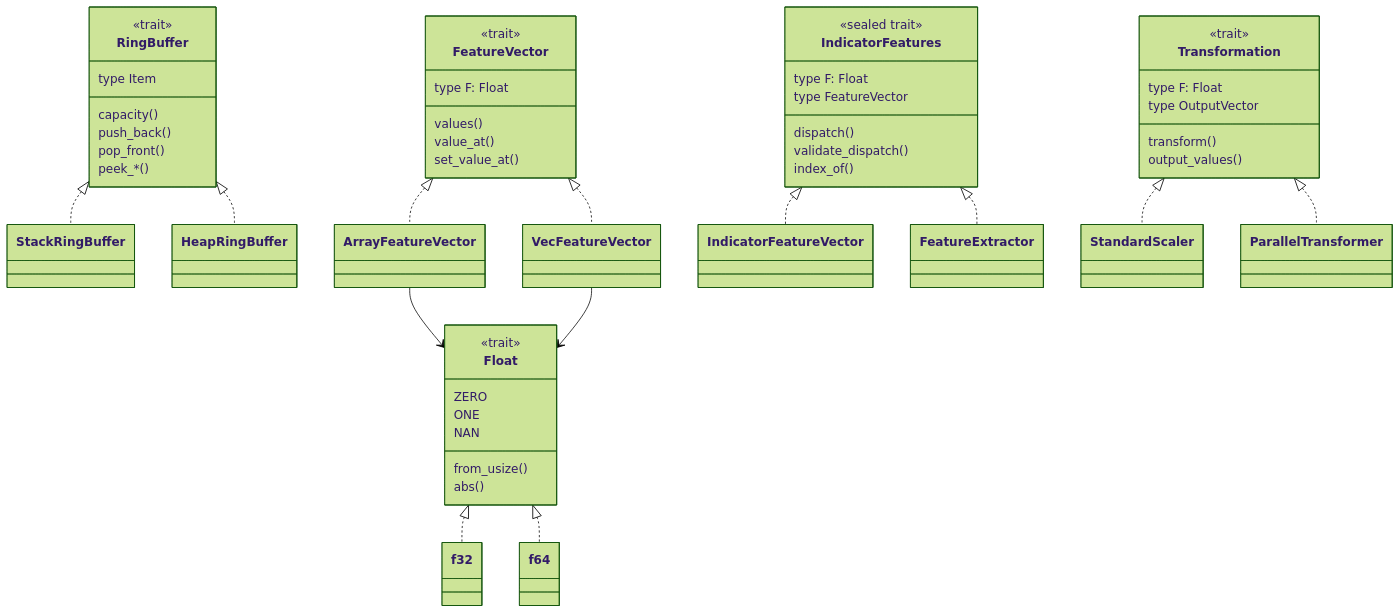
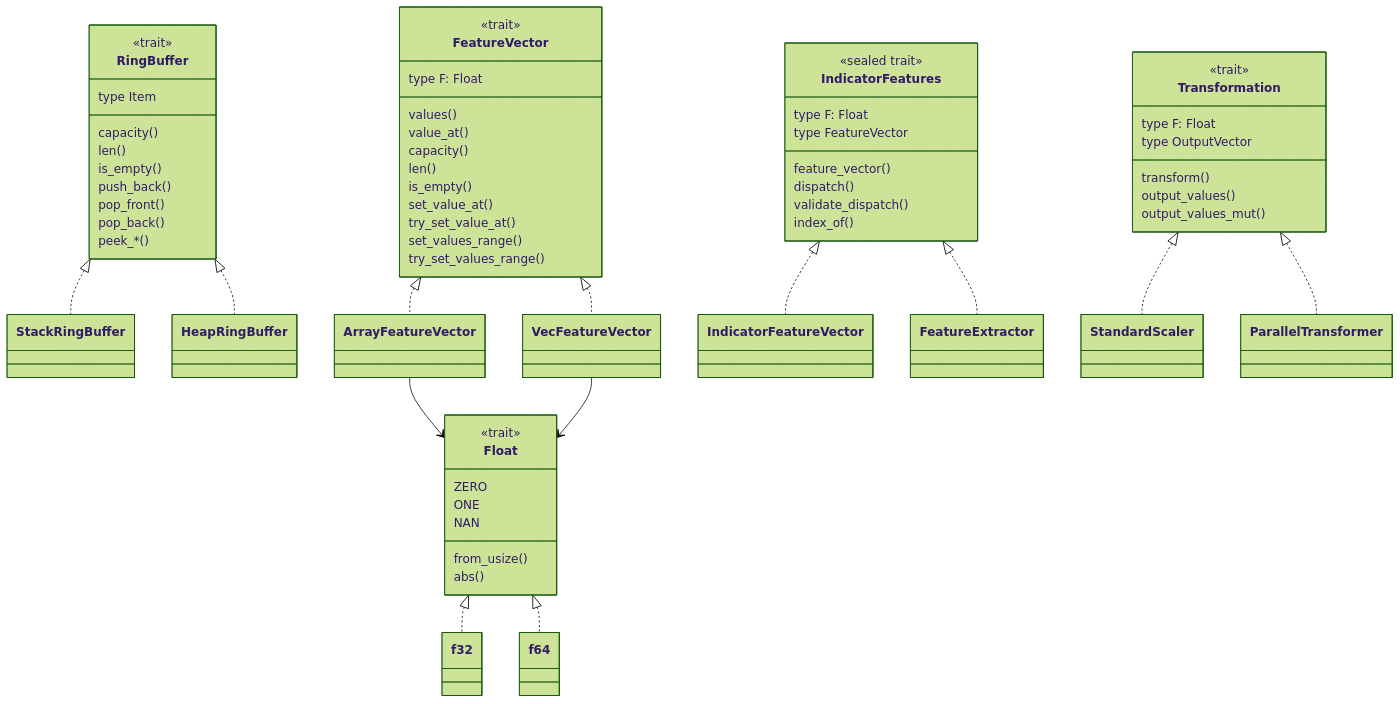
Before and after one commit to pbezglasny/fiml: the second of 9 diagrams in docs/project-schema.md, drawn with Mermaid (forest theme). The commit also changed other lines of this file, not shown here.

Commit message:
chore: update schema doc

````diff
--- a/docs/project-schema.md
+++ b/docs/project-schema.md
@@ -45,67 +56,78 @@
 ```mermaid
 classDiagram
     class Float {
         <<trait>>
         ZERO
         ONE
         NAN
         from_usize()
         abs()
     }
     class f32
     class f64
     Float <|.. f32
     Float <|.. f64
 
     class RingBuffer {
         <<trait>>
         type Item
         capacity()
+        len()
+        is_empty()
         push_back()
         pop_front()
+        pop_back()
         peek_*()
     }
     class StackRingBuffer
     class HeapRingBuffer
     RingBuffer <|.. StackRingBuffer
     RingBuffer <|.. HeapRingBuffer
 
     class FeatureVector {
         <<trait>>
         type F: Float
         values()
         value_at()
+        capacity()
+        len()
+        is_empty()
         set_value_at()
+        try_set_value_at()
+        set_values_range()
+        try_set_values_range()
     }
     class ArrayFeatureVector
     class VecFeatureVector
     FeatureVector <|.. ArrayFeatureVector
     FeatureVector <|.. VecFeatureVector
     ArrayFeatureVector --> Float
     VecFeatureVector --> Float
 
     class IndicatorFeatures {
         <<sealed trait>>
         type F: Float
         type FeatureVector
+        feature_vector()
         dispatch()
         validate_dispatch()
         index_of()
     }
     class IndicatorFeatureVector
     class FeatureExtractor
     IndicatorFeatures <|.. IndicatorFeatureVector
     IndicatorFeatures <|.. FeatureExtractor
 
     class Transformation {
         <<trait>>
         type F: Float
         type OutputVector
         transform()
         output_values()
+        output_values_mut()
     }
     class StandardScaler
     class ParallelTransformer
     Transformation <|.. StandardScaler
     Transformation <|.. ParallelTransformer
 ```
````
